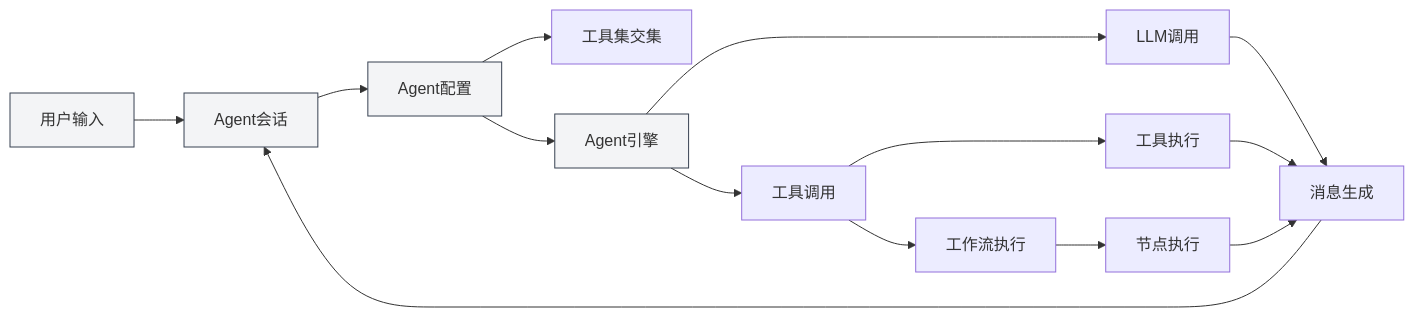
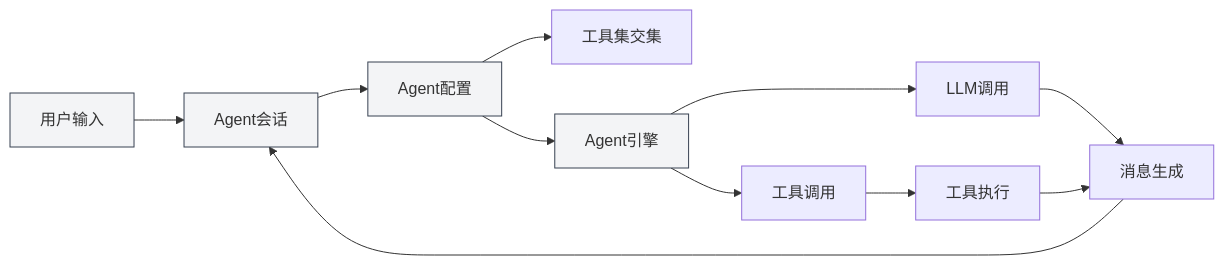
One commit to JaredYe04/MetaDoc changed the third of 4 diagrams in meta-doc/src/renderer/src/manuals/zh_CN/agent/introduction.md. Above: the diagram before and after it, drawn with Mermaid. The commit also changed other lines of this file and 43 other files, not shown here.

````diff
--- a/meta-doc/src/renderer/src/manuals/zh_CN/agent/introduction.md
+++ b/meta-doc/src/renderer/src/manuals/zh_CN/agent/introduction.md
@@ -228,20 +219,17 @@
 ```mermaid
 graph LR
     A[用户输入] --> B[Agent会话]
     B --> C[Agent配置]
     C --> D[工具集交集]
     C --> E[Agent引擎]
     E --> F[LLM调用]
     E --> G[工具调用]
     G --> H[工具执行]
-    G --> I[工作流执行]
-    I --> J[节点执行]
     F --> K[消息生成]
     H --> K
-    J --> K
     K --> B
     style A fill:#f3f4f6,stroke:#374151
     style B fill:#f3f4f6,stroke:#374151
     style C fill:#f3f4f6,stroke:#374151
     style E fill:#f3f4f6,stroke:#374151
 ```
````
